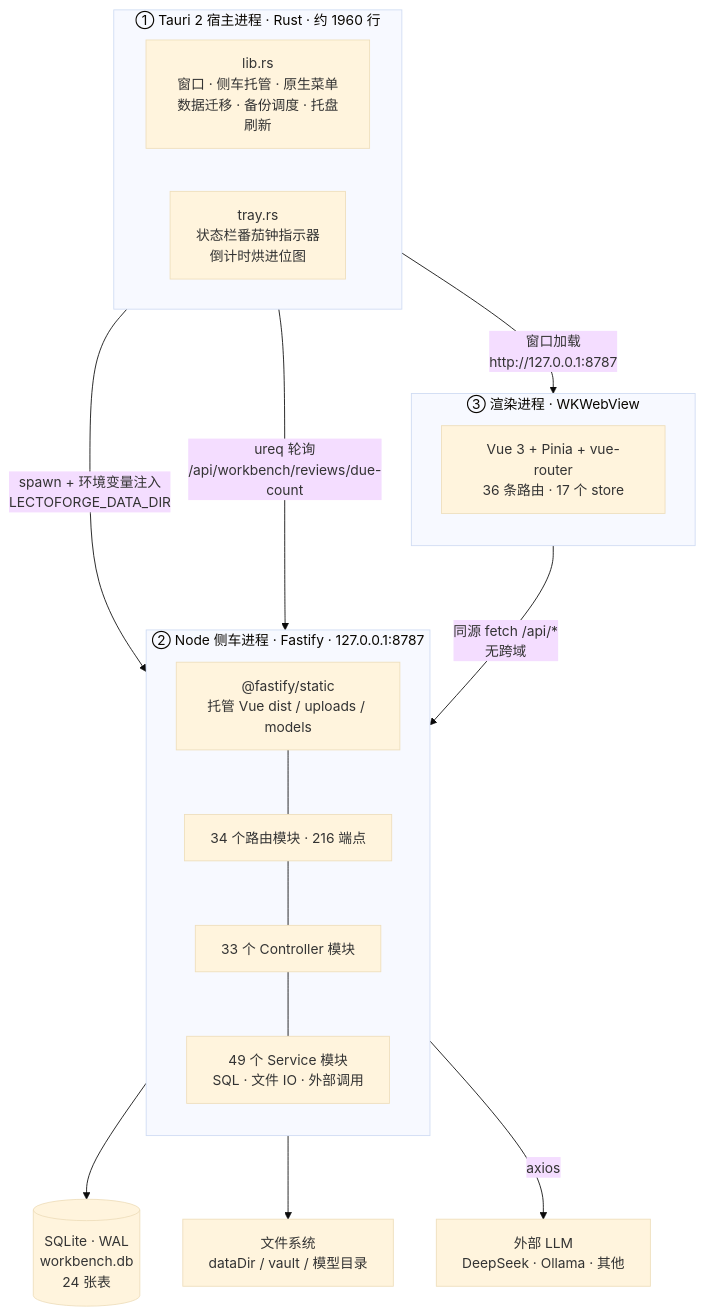
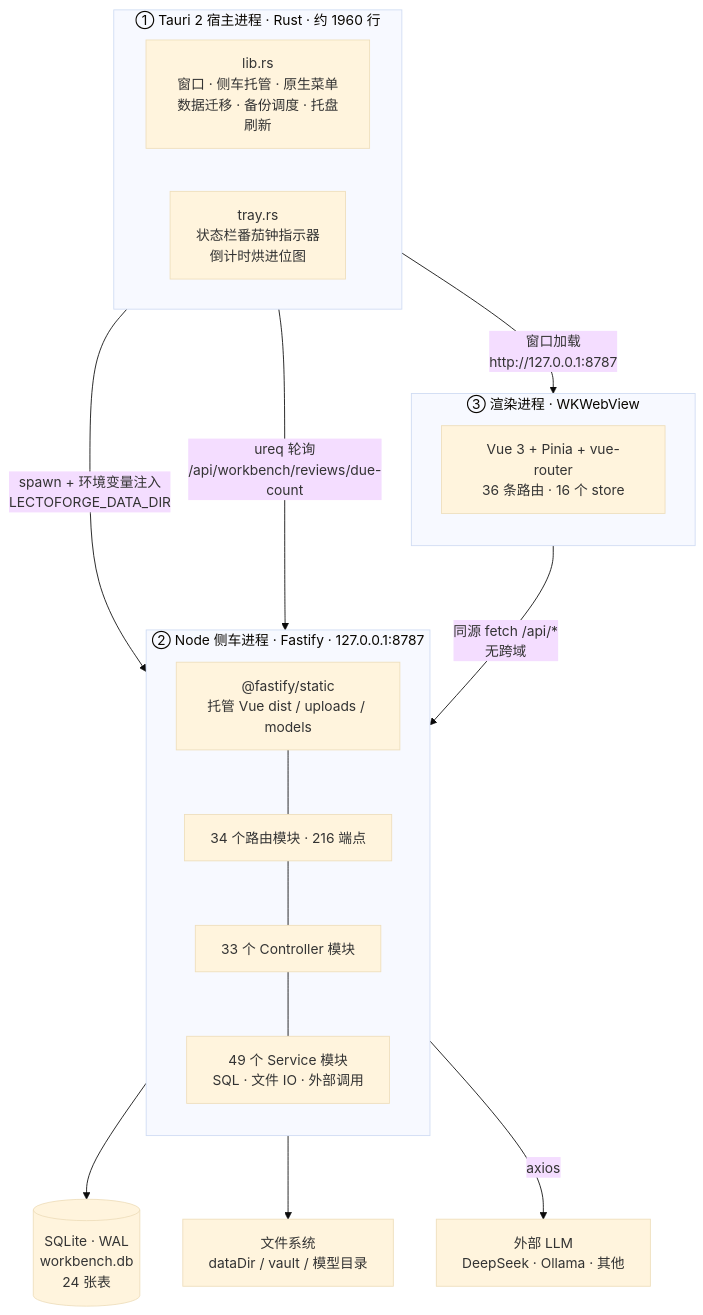
The first of 11 diagrams in docs/ARCHITECTURE.md (beiluoL/LectoForge), drawn with Mermaid (base theme) before and after one commit. The commit also changed other lines of this file and 2 other files, not shown here.

First line of the commit message:
docs: 修正 store 数量/ID 与流程图技术底座表述（脚本复核后）

````diff
--- a/docs/ARCHITECTURE.md
+++ b/docs/ARCHITECTURE.md
@@ -31,34 +31,34 @@
 ```mermaid
 flowchart TB
   subgraph HOST["① Tauri 2 宿主进程 · Rust · 约 1960 行"]
     direction LR
     L["lib.rs<br/>窗口 · 侧车托管 · 原生菜单<br/>数据迁移 · 备份调度 · 托盘刷新"]
     T["tray.rs<br/>状态栏番茄钟指示器<br/>倒计时烘进位图"]
   end
 
   subgraph NODE["② Node 侧车进程 · Fastify · 127.0.0.1:8787"]
     direction TB
     ST["@fastify/static<br/>托管 Vue dist / uploads / models"]
     RT["34 个路由模块 · 216 端点"]
     CT["33 个 Controller 模块"]
     SV["49 个 Service 模块<br/>SQL · 文件 IO · 外部调用"]
     ST --- RT --- CT --- SV
   end
 
   subgraph RENDER["③ 渲染进程 · WKWebView"]
     direction TB
-    V["Vue 3 + Pinia + vue-router<br/>36 条路由 · 17 个 store"]
+    V["Vue 3 + Pinia + vue-router<br/>36 条路由 · 16 个 store"]
   end
 
   DB[("SQLite · WAL<br/>workbench.db<br/>24 张表")]
   FS["文件系统<br/>dataDir / vault / 模型目录"]
   LLM["外部 LLM<br/>DeepSeek · Ollama · 其他"]
 
   HOST -->|"spawn + 环境变量注入<br/>LECTOFORGE_DATA_DIR"| NODE
   HOST -->|"窗口加载<br/>http://127.0.0.1:8787"| RENDER
   HOST -->|"ureq 轮询<br/>/api/workbench/reviews/due-count"| NODE
   RENDER -->|"同源 fetch /api/*<br/>无跨域"| NODE
   SV --> DB
   SV --> FS
   SV -->|"axios"| LLM
 ```
````
